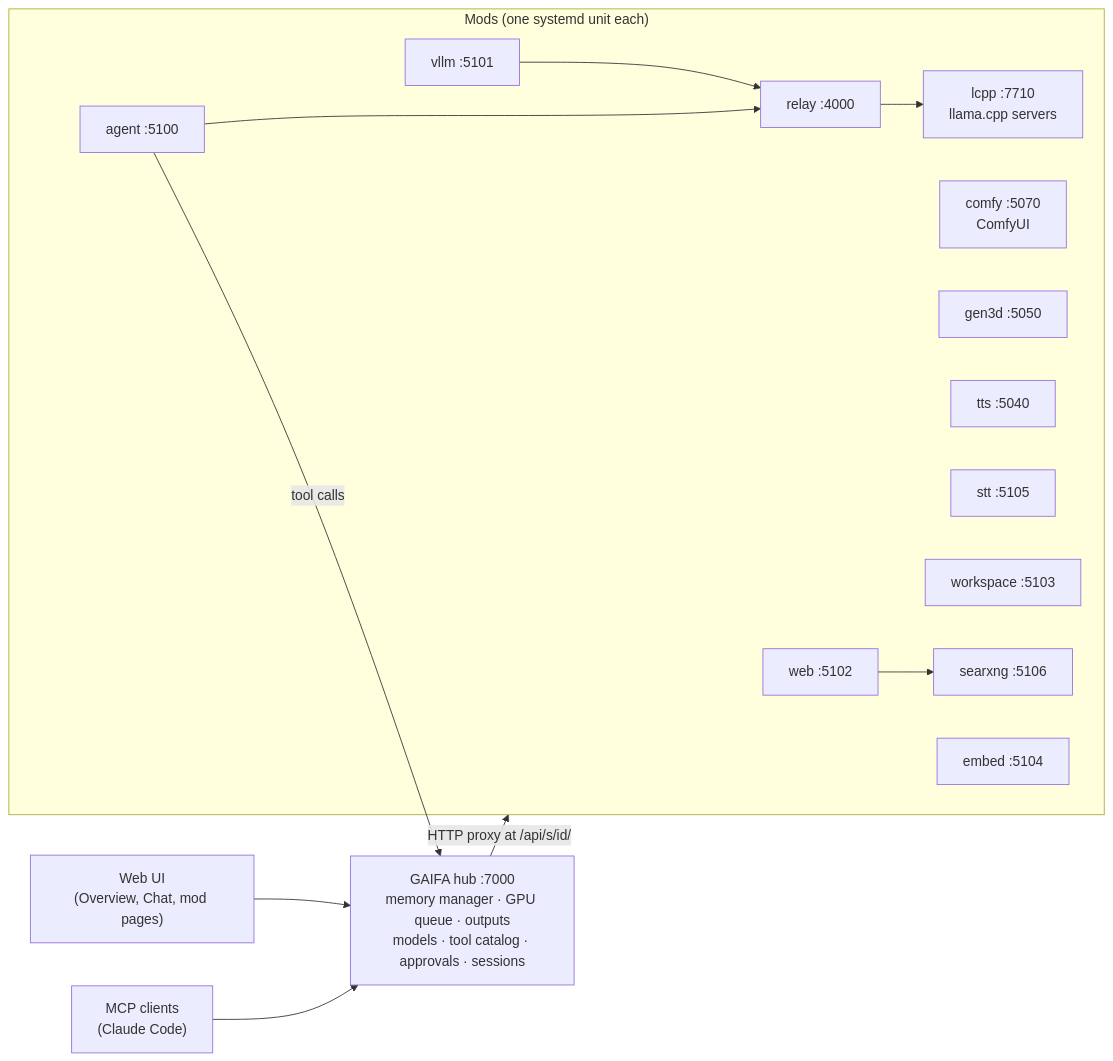
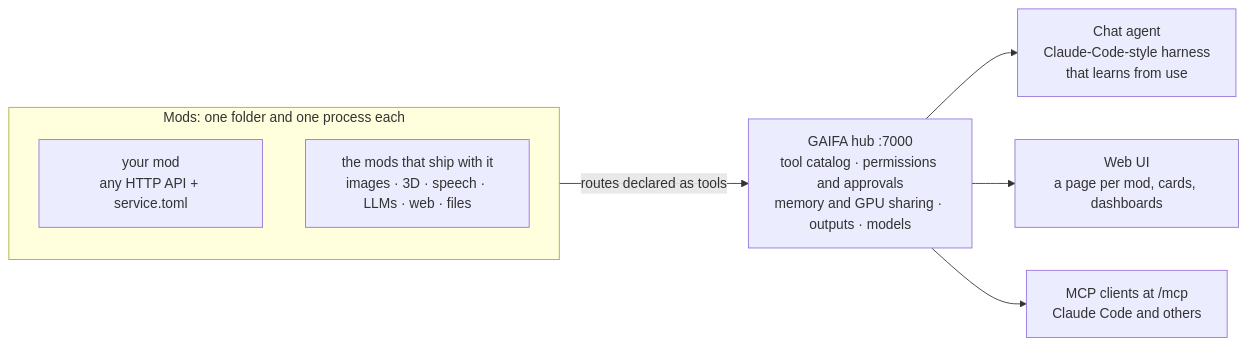
Before and after one commit to brendondgr/GAIFA: the diagram in README.md, drawn with Mermaid. The commit also changed other lines of this file and 3 other files, not shown here.

````diff
--- a/README.md
+++ b/README.md
@@ -140,20 +20,12 @@
 ```mermaid
 flowchart LR
-  UI["Web UI<br/>(Overview, Chat, mod pages)"] --> Hub
-  MCP["MCP clients<br/>(Claude Code)"] --> Hub
-  Hub["GAIFA hub :7000<br/>memory manager · GPU queue · outputs<br/>models · tool catalog · approvals · sessions"]
-  Hub -- "HTTP proxy at /api/s/id/" --> Mods
-  subgraph Mods["Mods (one systemd unit each)"]
-    relay["relay :4000"] --> lcpp["lcpp :7710<br/>llama.cpp servers"]
-    vllm["vllm :5101"] --> relay
-    agent["agent :5100"] --> relay
-    comfy["comfy :5070<br/>ComfyUI"]
-    gen3d["gen3d :5050"]
-    tts["tts :5040"]
-    stt["stt :5105"]
-    workspace["workspace :5103"]
-    web["web :5102"] --> searxng["searxng :5106"]
-    embed["embed :5104"]
+  subgraph Mods["Mods: one folder and one process each"]
+    yours["your mod<br/>any HTTP API + service.toml"]
+    shipped["the mods that ship with it<br/>images · 3D · speech · LLMs · web · files"]
   end
-  agent -- "tool calls" --> Hub
+  Hub["GAIFA hub :7000<br/>tool catalog · permissions and approvals<br/>memory and GPU sharing · outputs · models"]
+  Mods -- "routes declared as tools" --> Hub
+  Hub --> Agent["Chat agent<br/>Claude-Code-style harness<br/>that learns from use"]
+  Hub --> UI["Web UI<br/>a page per mod, cards, dashboards"]
+  Hub --> MCP["MCP clients at /mcp<br/>Claude Code and others"]
 ```
````
